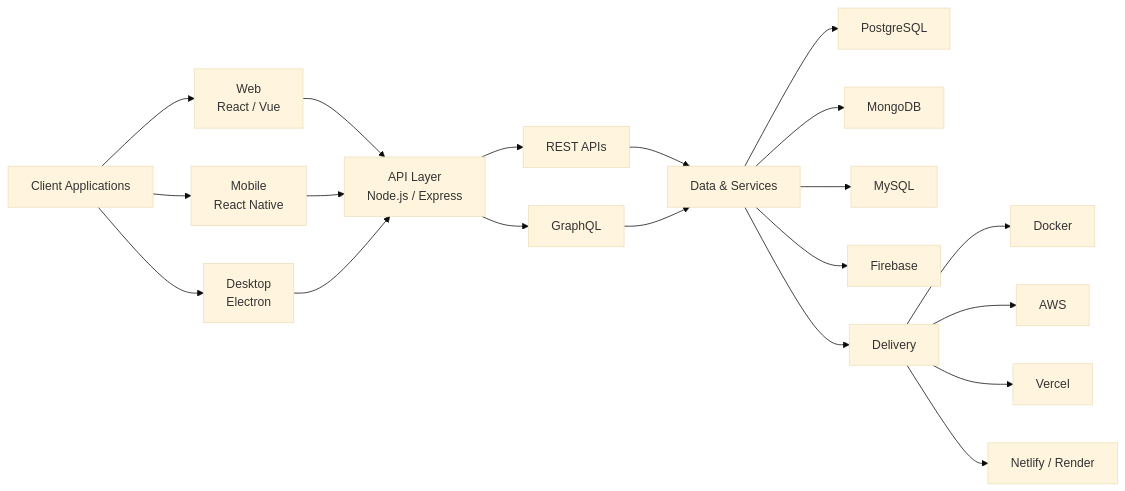
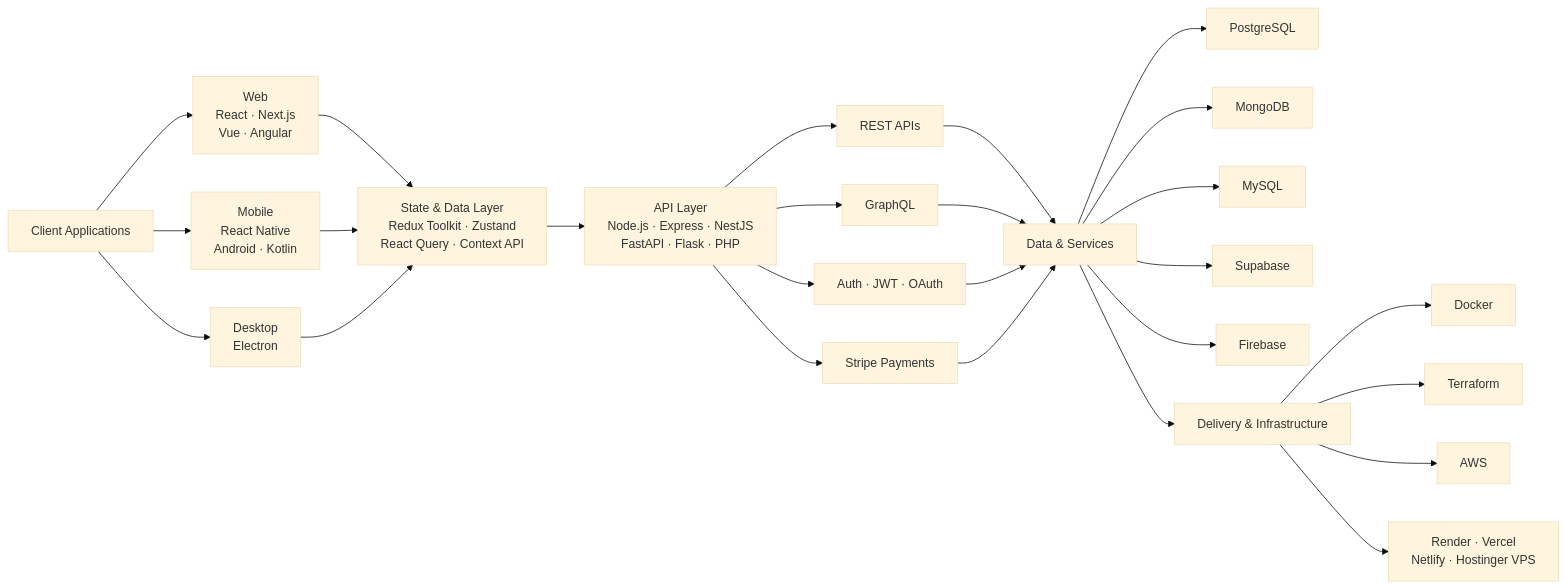
The first of 2 diagrams in README.md (waqas-gul/waqas-gul), drawn with Mermaid (base theme) before and after one commit. The commit also changed other lines of this file, not shown here.

````diff
--- a/README.md
+++ b/README.md
@@ -160,54 +192,66 @@
 ```mermaid
 flowchart LR
 
     A["Client Applications"]
 
-    B1["Web<br/>React / Vue"]
-    B2["Mobile<br/>React Native"]
+    B1["Web<br/>React · Next.js<br/>Vue · Angular"]
+    B2["Mobile<br/>React Native<br/>Android · Kotlin"]
     B3["Desktop<br/>Electron"]
 
-    C["API Layer<br/>Node.js / Express"]
+    S["State & Data Layer<br/>Redux Toolkit · Zustand<br/>React Query · Context API"]
+
+    C["API Layer<br/>Node.js · Express · NestJS<br/>FastAPI · Flask · PHP"]
 
     D1["REST APIs"]
     D2["GraphQL"]
+    D3["Auth · JWT · OAuth"]
+    D4["Stripe Payments"]
 
     E["Data & Services"]
 
     F1["PostgreSQL"]
     F2["MongoDB"]
     F3["MySQL"]
-    F4["Firebase"]
+    F4["Supabase"]
+    F5["Firebase"]
 
-    G["Delivery"]
+    G["Delivery & Infrastructure"]
 
     H1["Docker"]
-    H2["AWS"]
-    H3["Vercel"]
-    H4["Netlify / Render"]
+    H2["Terraform"]
+    H3["AWS"]
+    H4["Render · Vercel<br/>Netlify · Hostinger VPS"]
 
     A --> B1
     A --> B2
     A --> B3
 
-    B1 --> C
-    B2 --> C
-    B3 --> C
+    B1 --> S
+    B2 --> S
+    B3 --> S
+
+    S --> C
 
     C --> D1
     C --> D2
+    C --> D3
+    C --> D4
 
     D1 --> E
     D2 --> E
+    D3 --> E
+    D4 --> E
 
     E --> F1
     E --> F2
     E --> F3
     E --> F4
+    E --> F5
 
     E --> G
 
     G --> H1
     G --> H2
     G --> H3
     G --> H4
 ```
````
